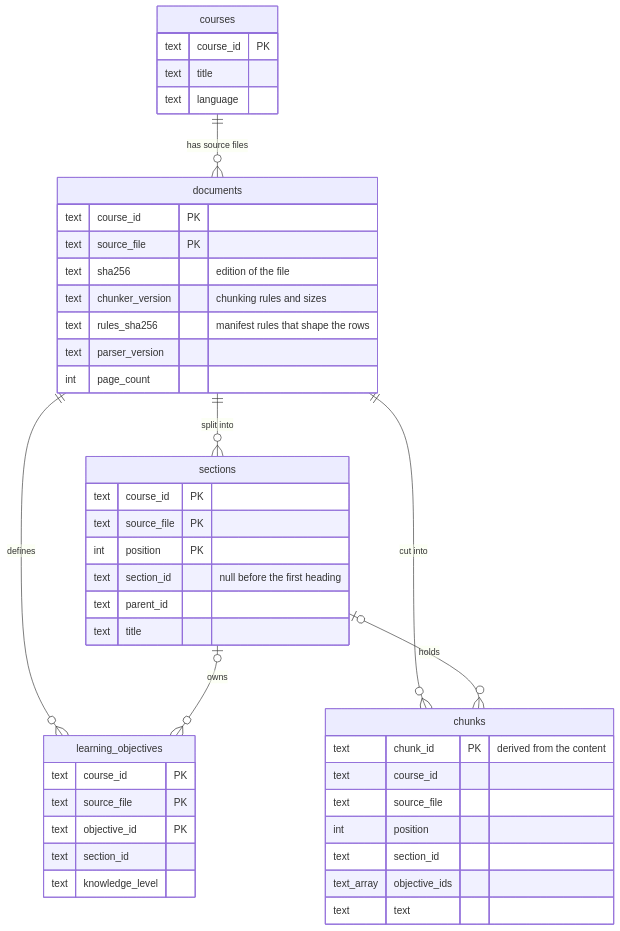
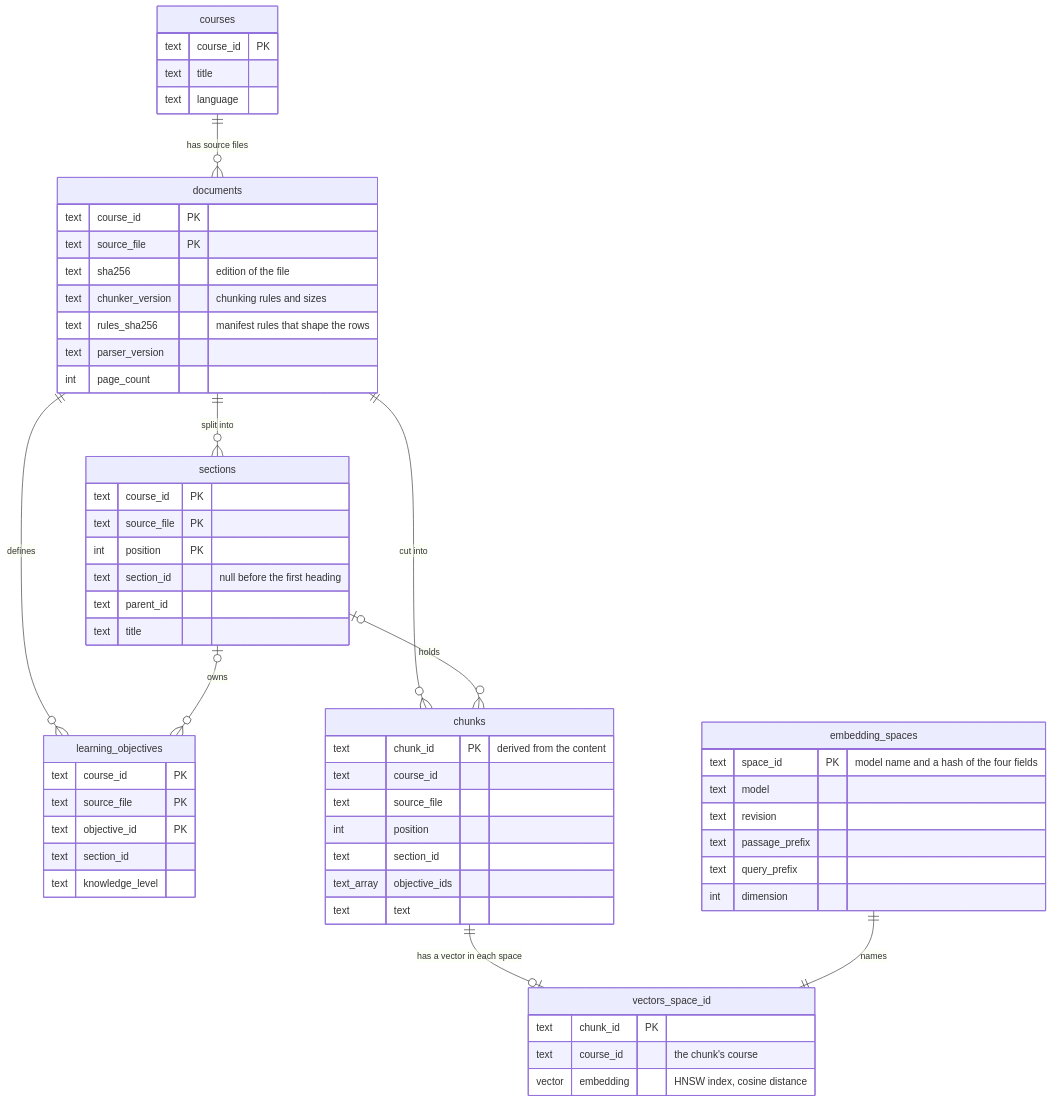
One commit to a-kapset/study-assistant changed the first of 2 diagrams in app/README.md. Above: the diagram before and after it, drawn with Mermaid. The commit also changed other lines of this file and 15 other files, not shown here.

Commit message:
feat: store a vector for every chunk at ingest and check the embedding server in readiness

````diff
--- a/app/README.md
+++ b/app/README.md
@@ -191,47 +198,62 @@
 ```mermaid
 erDiagram
     courses ||--o{ documents : "has source files"
     documents ||--o{ sections : "split into"
     documents ||--o{ learning_objectives : "defines"
     documents ||--o{ chunks : "cut into"
     sections |o--o{ learning_objectives : "owns"
     sections |o--o{ chunks : "holds"
+    chunks ||--o| vectors_space_id : "has a vector in each space"
+    embedding_spaces ||--|| vectors_space_id : "names"
     courses {
         text course_id PK
         text title
         text language
     }
     documents {
         text course_id PK
         text source_file PK
         text sha256 "edition of the file"
         text chunker_version "chunking rules and sizes"
         text rules_sha256 "manifest rules that shape the rows"
         text parser_version
         int page_count
     }
     sections {
         text course_id PK
         text source_file PK
         int position PK
         text section_id "null before the first heading"
         text parent_id
         text title
     }
     learning_objectives {
         text course_id PK
         text source_file PK
         text objective_id PK
         text section_id
         text knowledge_level
     }
     chunks {
         text chunk_id PK "derived from the content"
         text course_id
         text source_file
         int position
         text section_id
         text_array objective_ids
         text text
     }
+    embedding_spaces {
+        text space_id PK "model name and a hash of the four fields"
+        text model
+        text revision
+        text passage_prefix
+        text query_prefix
+        int dimension
+    }
+    vectors_space_id {
+        text chunk_id PK
+        text course_id "the chunk's course"
+        vector embedding "HNSW index, cosine distance"
+    }
 ```
````
